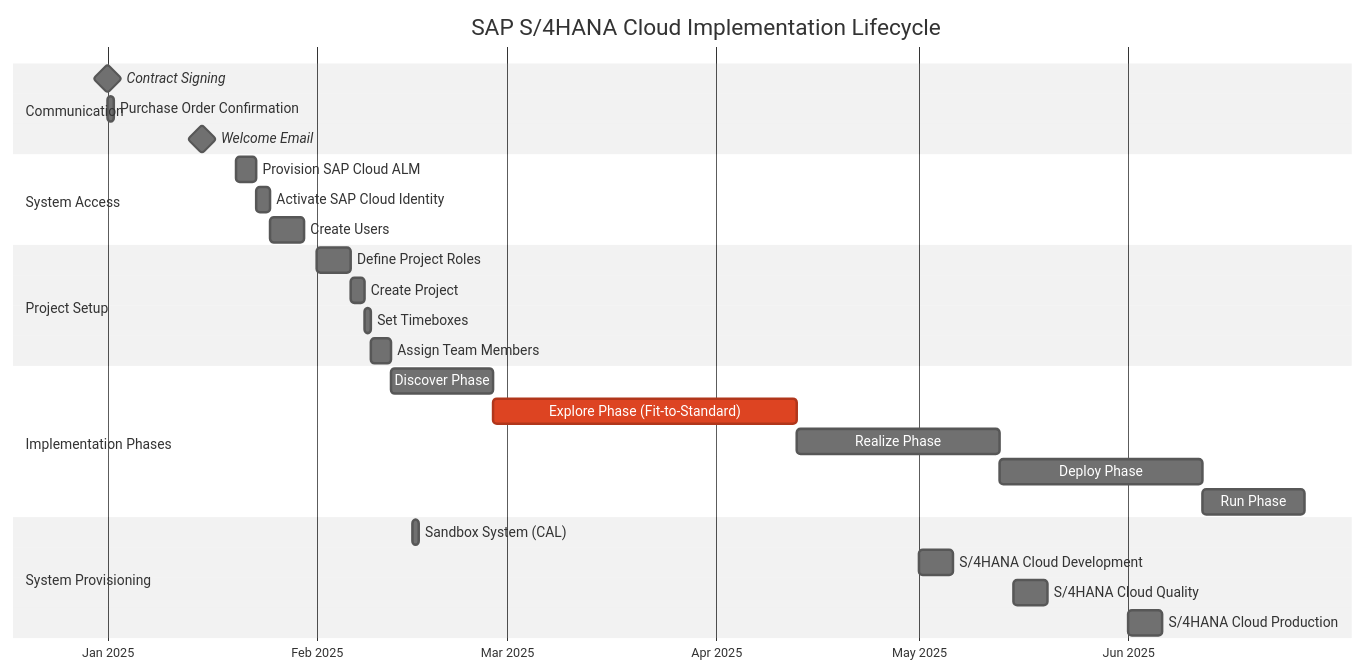
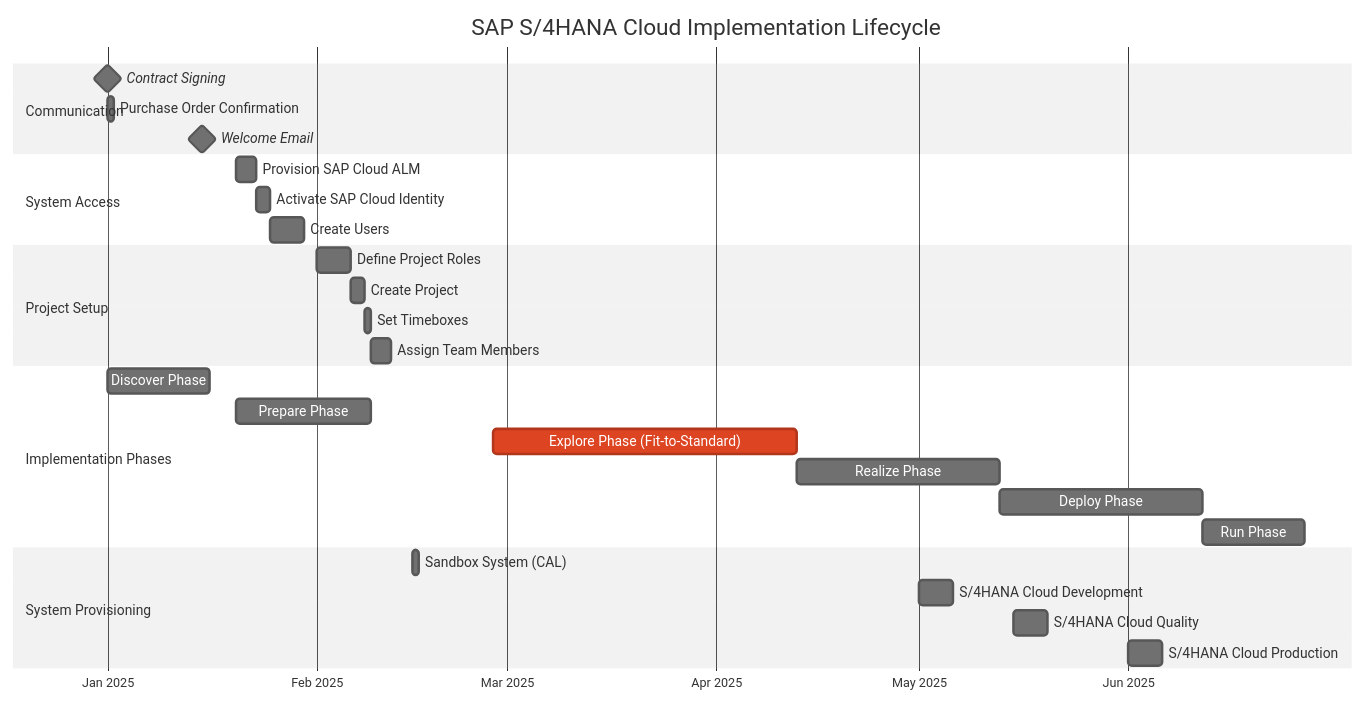
The diagram in s4hcpe-impl-lifecyc.md (sapflashcards/S4CPE), drawn with Mermaid (neutral theme) before and after one commit.

````diff
--- a/s4hcpe-impl-lifecyc.md
+++ b/s4hcpe-impl-lifecyc.md
@@ -1,35 +1,36 @@
 ```mermaid
 gantt
     title SAP S/4HANA Cloud Implementation Lifecycle
     dateFormat  YYYY-MM-DD
     axisFormat  %b %Y
     
     section Communication
     Contract Signing                 :milestone, m1, 2025-01-01, 0d
     Purchase Order Confirmation      :after m1, 1d
     Welcome Email                    :milestone, m2, 2025-01-15, 0d
     
     section System Access
     Provision SAP Cloud ALM          :2025-01-20, 3d
     Activate SAP Cloud Identity      :2025-01-23, 2d
     Create Users                     :2025-01-25, 5d
     
     section Project Setup
     Define Project Roles             :2025-02-01, 5d
     Create Project                   :2025-02-06, 2d
     Set Timeboxes                    :2025-02-08, 1d
     Assign Team Members              :2025-02-09, 3d
     
     section Implementation Phases
-    Discover Phase                   :2025-02-12, 15d
+    Discover Phase                   :2025-01-01, 15d
+    Prepare Phase                    :2025-01-20, 20d
     Explore Phase (Fit-to-Standard)  :crit, 2025-02-27, 45d
     Realize Phase                    :2025-04-13, 30d
     Deploy Phase                     :2025-05-13, 30d
     Run Phase                        :2025-06-12, 15d
     
     section System Provisioning
     Sandbox System (CAL)             :2025-02-15, 1d
     S/4HANA Cloud Development        :2025-05-01, 5d
     S/4HANA Cloud Quality            :2025-05-15, 5d
     S/4HANA Cloud Production         :2025-06-01, 5d
 ```
````
